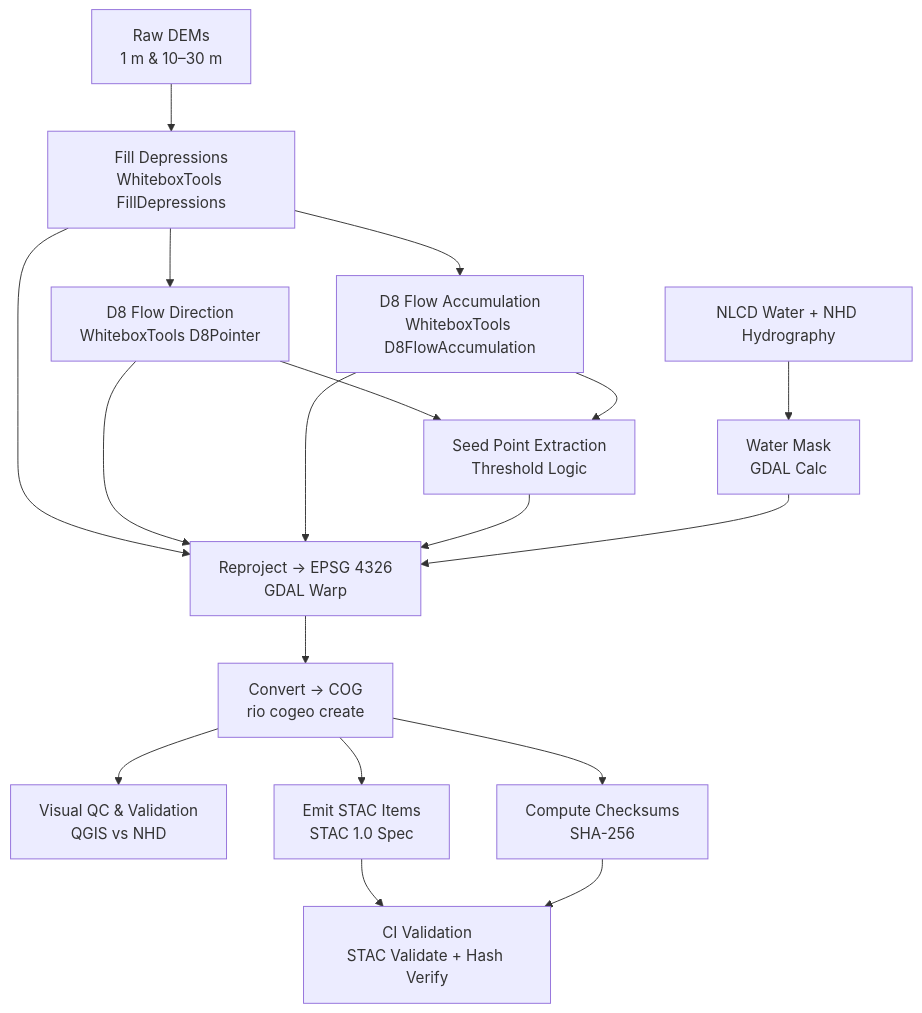
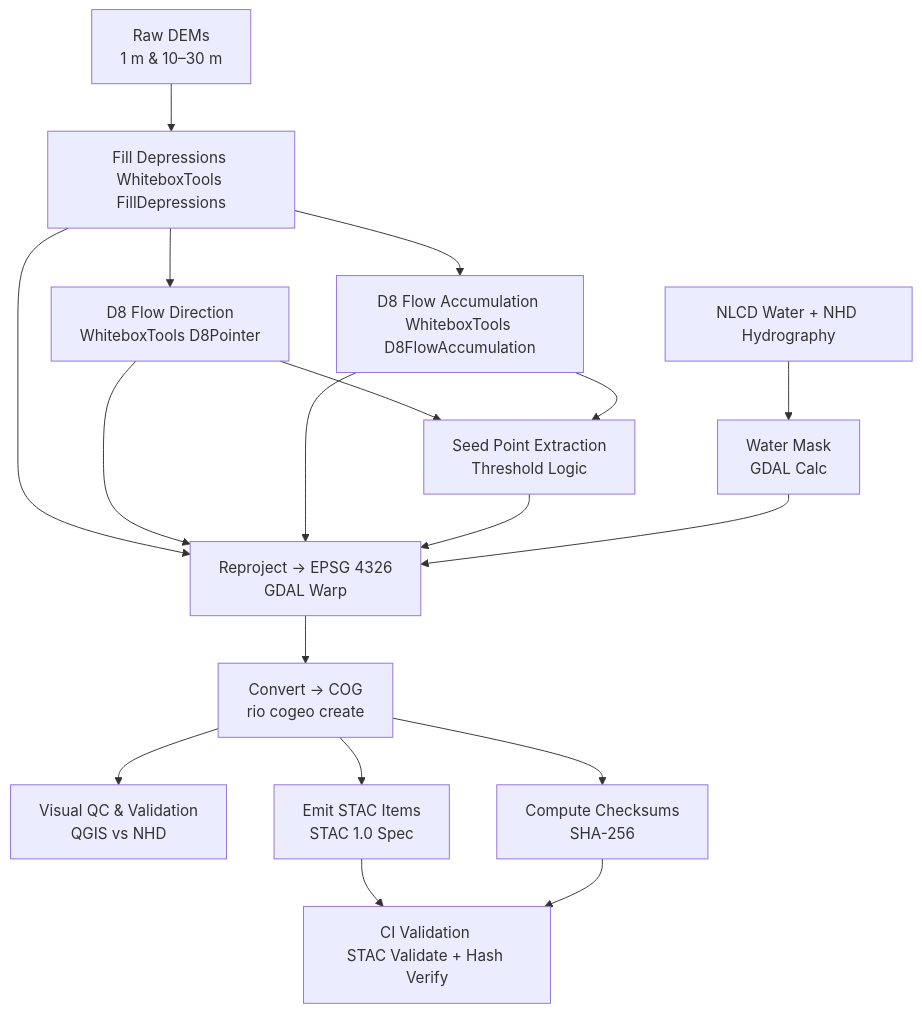
One commit to bartytime4life/Kansas-Frontier-Matrix changed the diagram in README.md. Above: the diagram before and after it, drawn with Mermaid. The commit also changed other lines of this file, not shown here.

````diff
--- a/README.md
+++ b/README.md
@@ -71,20 +76,20 @@
 ```mermaid
 flowchart TD
-  A["Raw DEMs<br/>1 m & 10–30 m"] --> B["Fill Depressions<br/>WhiteboxTools FillDepressions"]
-  B --> C["D8 Flow Direction<br/>WhiteboxTools D8Pointer"]
-  B --> D["D8 Flow Accumulation<br/>WhiteboxTools D8FlowAccumulation"]
-  C --> E["Seed Point Extraction<br/>Threshold Logic"]
+  A["Raw DEMs <br/>1 m & 10–30 m"] --> B["Fill Depressions <br/>WhiteboxTools FillDepressions"]
+  B --> C["D8 Flow Direction <br/>WhiteboxTools D8Pointer"]
+  B --> D["D8 Flow Accumulation <br/>WhiteboxTools D8FlowAccumulation"]
+  C --> E["Seed Point Extraction <br/>Threshold Logic"]
   D --> E
-  F["NLCD Water + NHD Hydrography"] --> G["Water Mask<br/>GDAL Calc"]
-  B --> H["Reproject → EPSG 4326<br/>GDAL Warp"]
+  F["NLCD Water + NHD Hydrography"] --> G["Water Mask <br/>GDAL Calc"]
+  B --> H["Reproject → EPSG 4326 <br/>GDAL Warp"]
   C --> H
   D --> H
   E --> H
   G --> H
-  H --> I["Convert → COG<br/>rio cogeo create"]
-  I --> J["Visual QC & Validation<br/>QGIS vs NHD"]
-  I --> K["Emit STAC Items<br/>STAC 1.0 Spec"]
-  I --> L["Compute Checksums<br/>SHA-256"]
-  K --> M["CI Validation<br/>STAC Validate + Hash Verify"]
+  H --> I["Convert → COG <br/>rio cogeo create"]
+  I --> J["Visual QC & Validation <br/>QGIS vs NHD"]
+  I --> K["Emit STAC Items <br/>STAC 1.0 Spec"]
+  I --> L["Compute Checksums <br/>SHA-256"]
+  K --> M["CI Validation <br/>STAC Validate + Hash Verify"]
   L --> M
 ```
````
